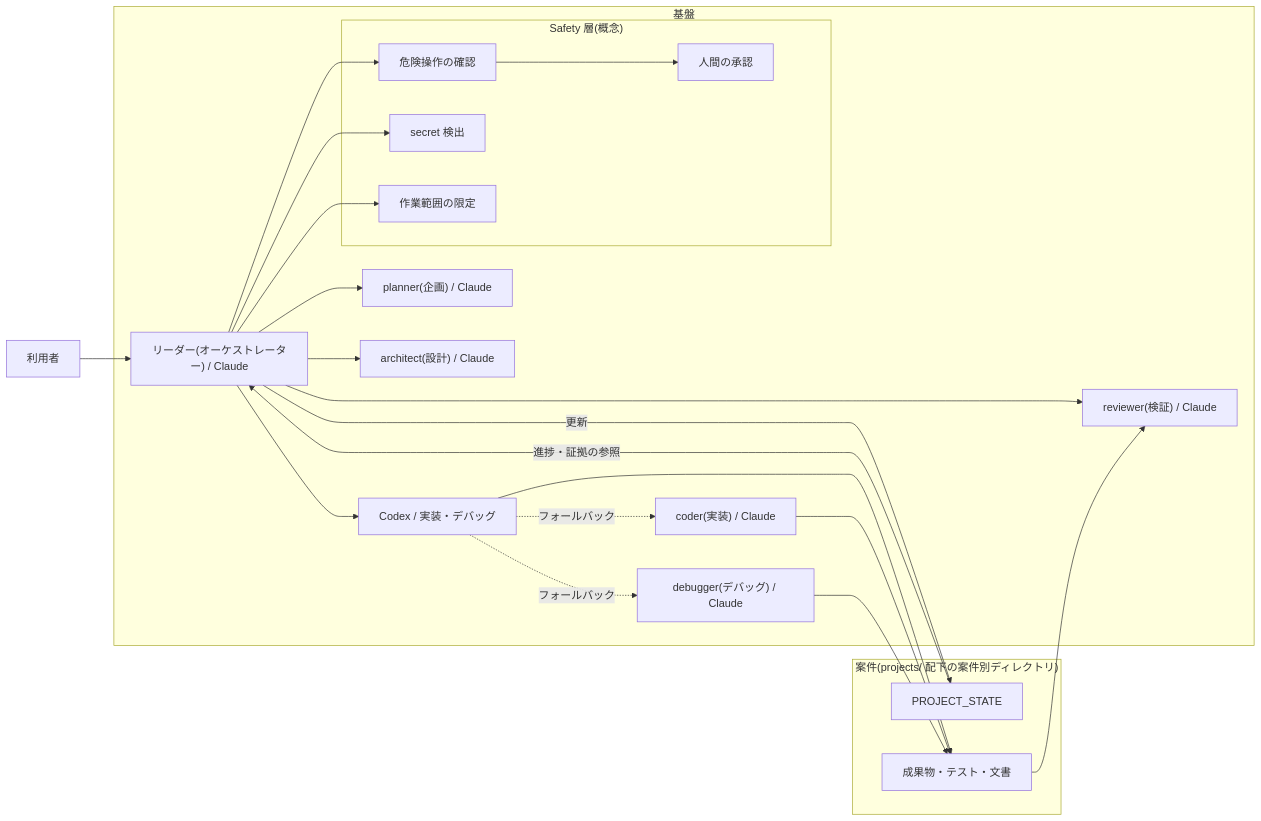
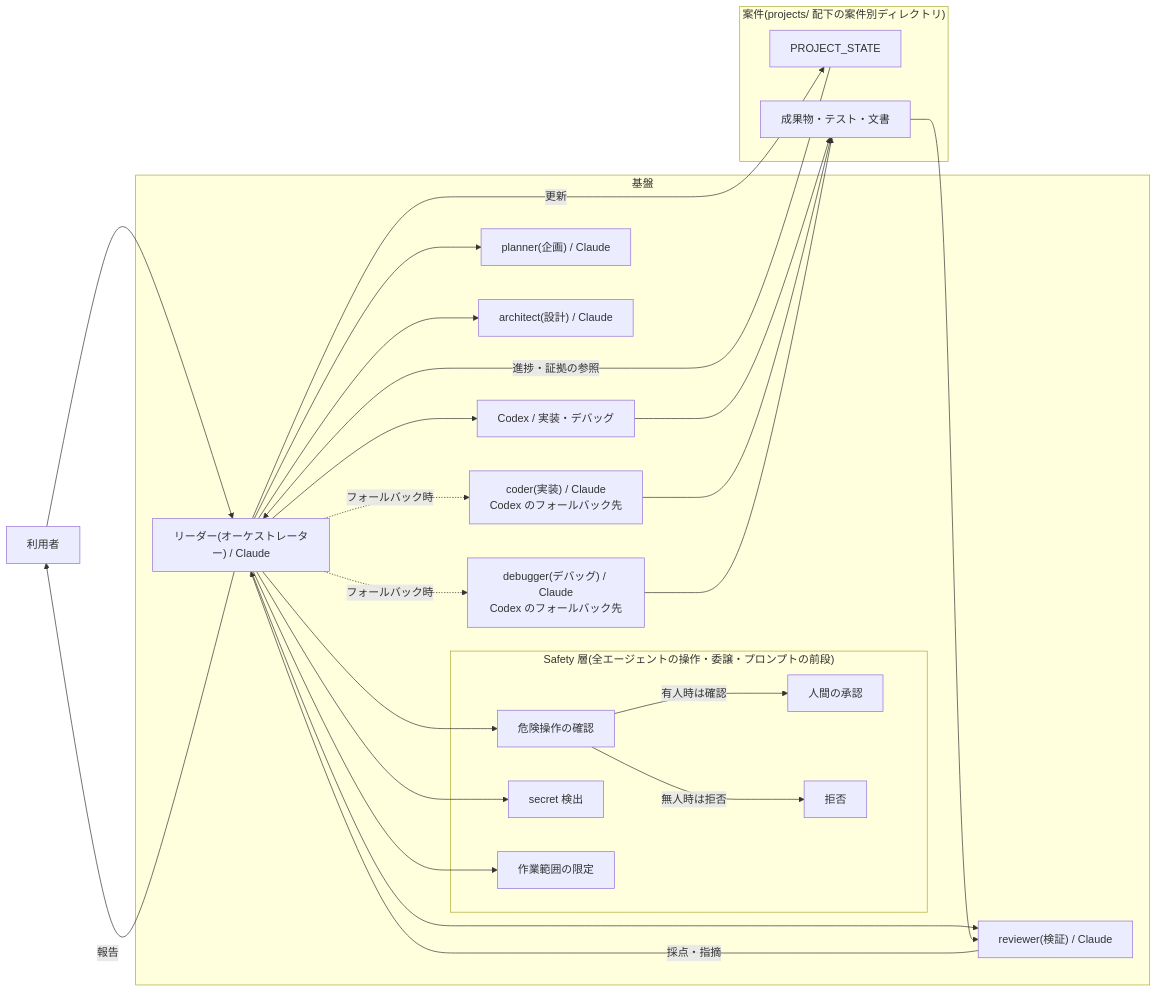
One commit to satellite1105/dev-factory-showcase changed the first of 2 diagrams in docs/architecture.md. Above: the diagram before and after it, drawn with Mermaid. The commit also changed other lines of this file and 9 other files, not shown here.

First line of the commit message:
Clarify diagrams, simplify pre-publication checklist

````diff
--- a/docs/architecture.md
+++ b/docs/architecture.md
@@ -13,39 +13,43 @@
 ```mermaid
 flowchart LR
     USER["利用者"] --> LEADER
     subgraph FACTORY["基盤"]
         LEADER["リーダー(オーケストレーター) / Claude"]
         PLANNER["planner(企画) / Claude"]
         ARCHITECT["architect(設計) / Claude"]
         REVIEWER["reviewer(検証) / Claude"]
         CODEX["Codex / 実装・デバッグ"]
-        CODER["coder(実装) / Claude"]
-        DEBUGGER["debugger(デバッグ) / Claude"]
+        CODER["coder(実装) / Claude<br/>Codex のフォールバック先"]
+        DEBUGGER["debugger(デバッグ) / Claude<br/>Codex のフォールバック先"]
         LEADER --> PLANNER
         LEADER --> ARCHITECT
         LEADER --> REVIEWER
         LEADER --> CODEX
-        CODEX -.->|"フォールバック"| CODER
-        CODEX -.->|"フォールバック"| DEBUGGER
-        subgraph SAFE["Safety 層(概念)"]
+        LEADER -.->|"フォールバック時"| CODER
+        LEADER -.->|"フォールバック時"| DEBUGGER
+        REVIEWER -->|"採点・指摘"| LEADER
+        subgraph SAFE["Safety 層(全エージェントの操作・委譲・プロンプトの前段)"]
             CHECK["危険操作の確認"]
             SECRET["secret 検出"]
             SCOPE["作業範囲の限定"]
             APPROVAL["人間の承認"]
-            CHECK --> APPROVAL
+            REJECT["拒否"]
+            CHECK -->|"有人時は確認"| APPROVAL
+            CHECK -->|"無人時は拒否"| REJECT
         end
         LEADER --> CHECK
         LEADER --> SECRET
         LEADER --> SCOPE
     end
     subgraph PROJ["案件(projects/ 配下の案件別ディレクトリ)"]
         STATE["PROJECT_STATE"]
         OUTPUT["成果物・テスト・文書"]
     end
     LEADER -->|"更新"| STATE
     STATE -->|"進捗・証拠の参照"| LEADER
     CODEX --> OUTPUT
     CODER --> OUTPUT
     DEBUGGER --> OUTPUT
     OUTPUT --> REVIEWER
+    LEADER -->|"報告"| USER
 ```
````
